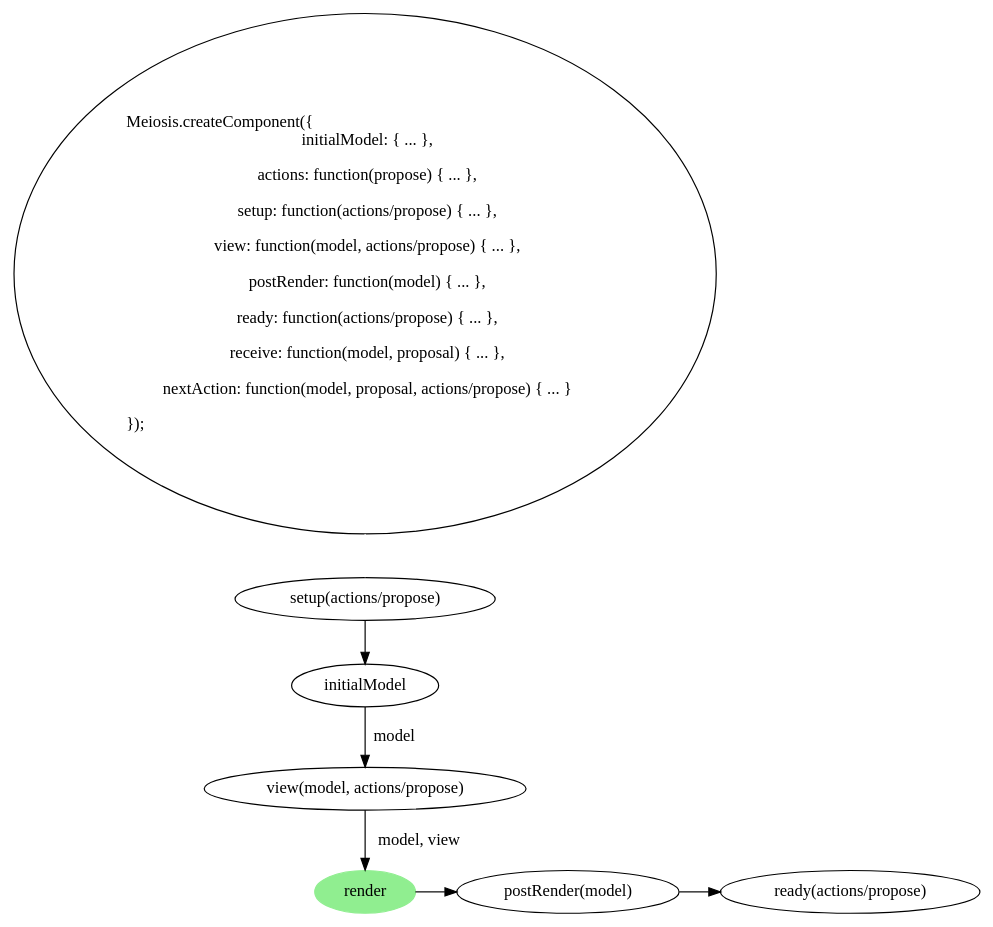
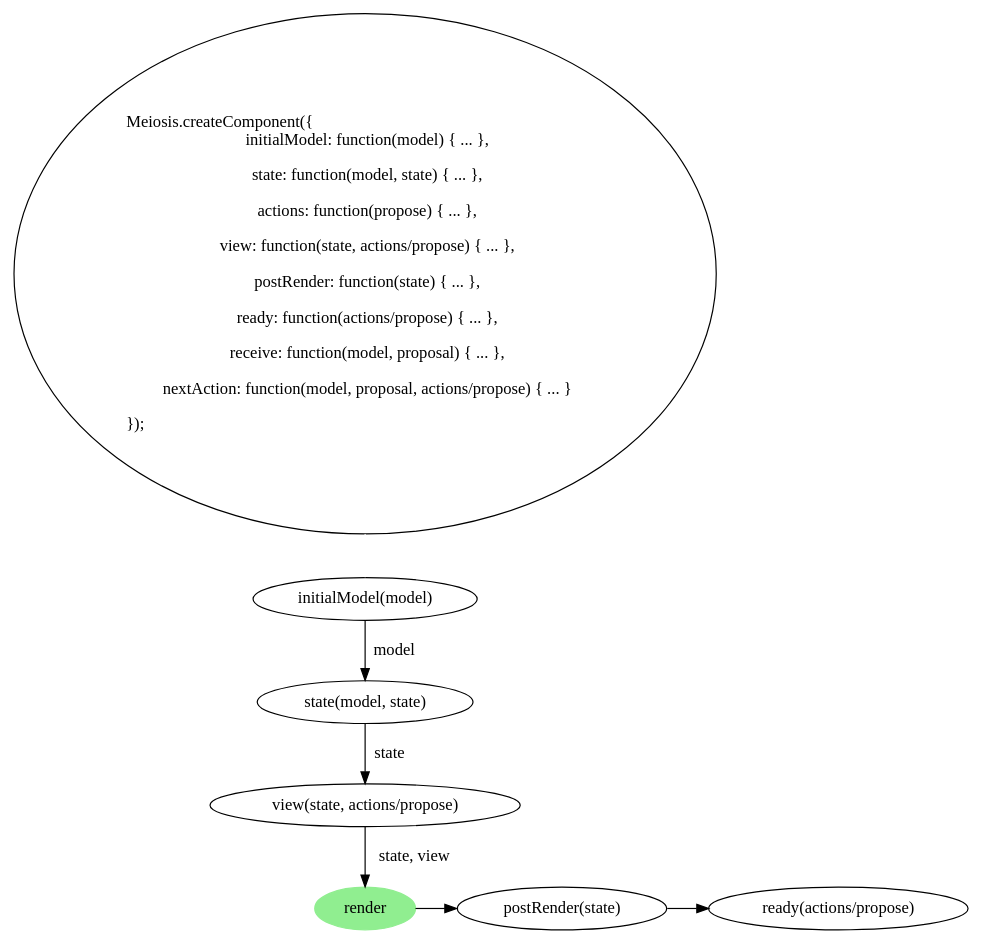
The diagram in images/meiosis_init.dot (foxdonut/meiosis-guide), drawn with Graphviz before and after one commit. The commit also changed 3 other files, not shown here.

```diff
--- a/images/meiosis_init.dot
+++ b/images/meiosis_init.dot
@@ -1,27 +1,27 @@
 digraph meiosis_init {
-  createComponent [fontname=Hack, label = "\lMeiosis.createComponent(\{\l\ \ initialModel: \{ ... \},
+  createComponent [fontname=Hack, label = "\lMeiosis.createComponent(\{\l\ \ initialModel: function(model) \{ ... \},
+    \l  state: function(model, state) \{ ... \},
     \l  actions: function(propose) \{ ... \},
-    \l  setup: function(actions/propose) \{ ... \},
-    \l  view: function(model, actions/propose) \{ ... \},
-    \l  postRender: function(model) \{ ... \},
+    \l  view: function(state, actions/propose) \{ ... \},
+    \l  postRender: function(state) \{ ... \},
     \l  ready: function(actions/propose) \{ ... \},
     \l  receive: function(model, proposal) \{ ... \},
     \l  nextAction: function(model, proposal, actions/propose) \{ ... \}
     \l\});\l\l"]
 
-  setup [label = "setup(actions/propose)", fontname=Hack]
-  initialModel [fontname=Hack]
-  view [label = "view(model, actions/propose)", fontname=Hack]
+  initialModel [label="initialModel(model)", fontname=Hack]
+  state [label = "state(model, state)", fontname=Hack]
+  view [label = "view(state, actions/propose)", fontname=Hack]
   render [style=filled, color=lightgreen]
-  postRender [label = "postRender(model)", fontname=Hack]
+  postRender [label = "postRender(state)", fontname=Hack]
   ready [label = "ready(actions/propose)", fontname=Hack]
 
   {rank=same; render postRender ready}
 
-  createComponent -> setup [arrowhead=none, arrowtail=empty, color=white]
-  setup -> initialModel
-  initialModel -> view [label = " model"]
-  view -> render [label = " model, view"]
+  createComponent -> initialModel [arrowhead=none, arrowtail=empty, color=white]
+  initialModel -> state [label = " model"]
+  state -> view [label = " state"]
+  view -> render [label = " state, view"]
   render -> postRender
   postRender -> ready
 }
```
